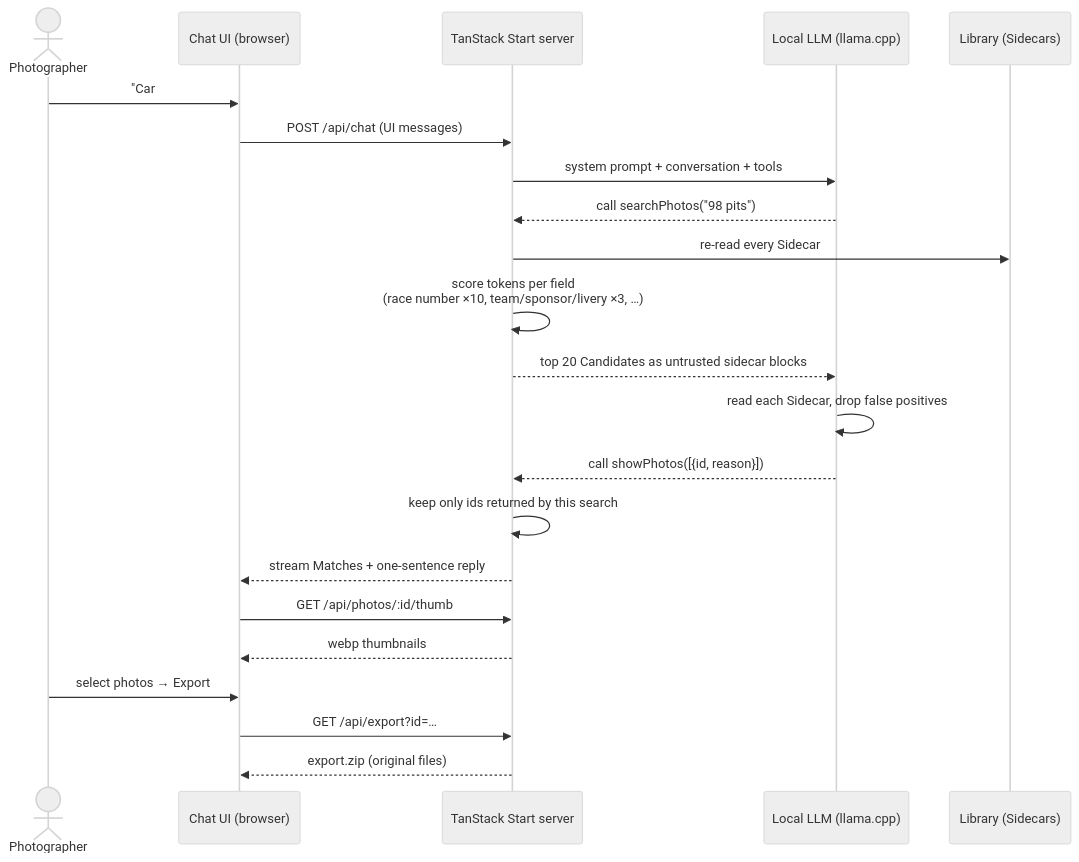
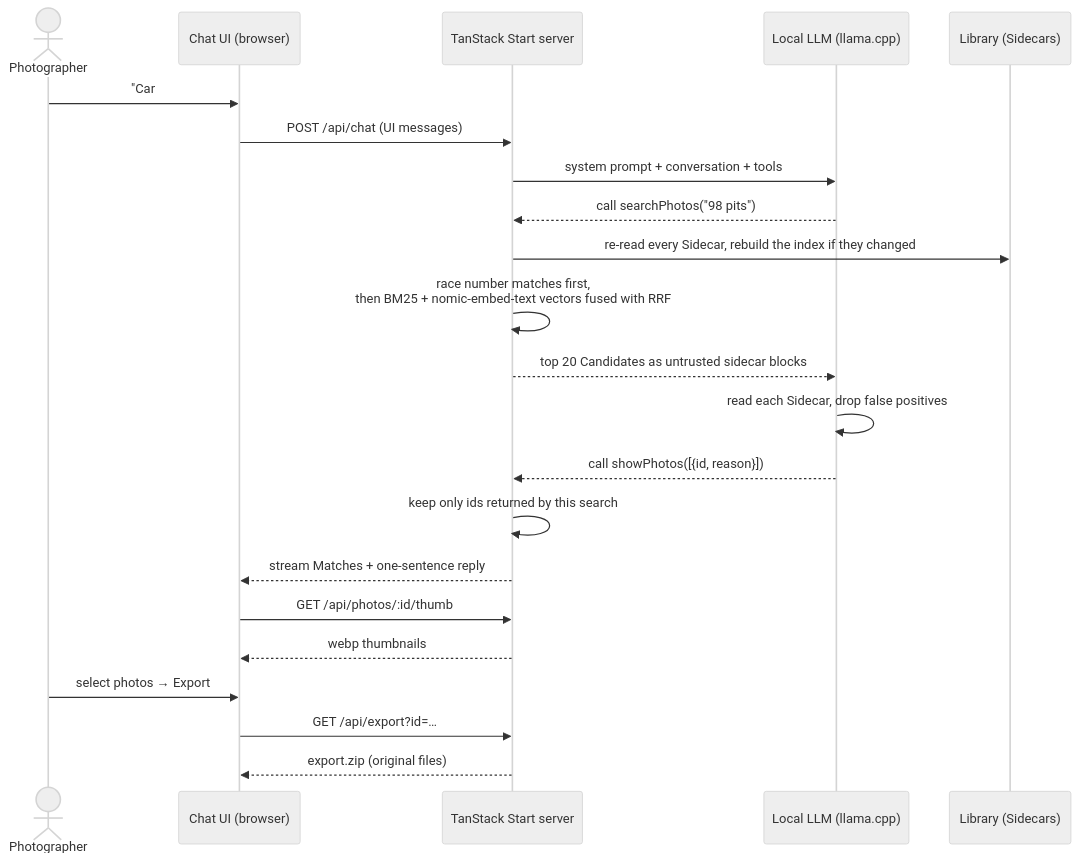
One commit to gnabba/fluffy-photo changed the second of 2 diagrams in README.md. Above: the diagram before and after it, drawn with Mermaid (neutral theme). The commit also changed other lines of this file and 14 other files, not shown here.

````diff
--- a/README.md
+++ b/README.md
@@ -100,25 +101,25 @@
 ```mermaid
 sequenceDiagram
     actor U as Photographer
     participant UI as Chat UI (browser)
     participant S as TanStack Start server
     participant L as Local LLM (llama.cpp)
     participant FS as Library (Sidecars)
 
     U->>UI: "Car #98 in the pits"
     UI->>S: POST /api/chat (UI messages)
     S->>L: system prompt + conversation + tools
     L-->>S: call searchPhotos("98 pits")
-    S->>FS: re-read every Sidecar
-    S->>S: score tokens per field<br/>(race number ×10, team/sponsor/livery ×3, …)
+    S->>FS: re-read every Sidecar, rebuild the index if they changed
+    S->>S: race number matches first,<br/>then BM25 + nomic-embed-text vectors fused with RRF
     S-->>L: top 20 Candidates as untrusted sidecar blocks
     L->>L: read each Sidecar, drop false positives
     L-->>S: call showPhotos([{id, reason}])
     S->>S: keep only ids returned by this search
     S-->>UI: stream Matches + one-sentence reply
     UI->>S: GET /api/photos/:id/thumb
     S-->>UI: webp thumbnails
     U->>UI: select photos → Export
     UI->>S: GET /api/export?id=…
     S-->>UI: export.zip (original files)
 ```
````
